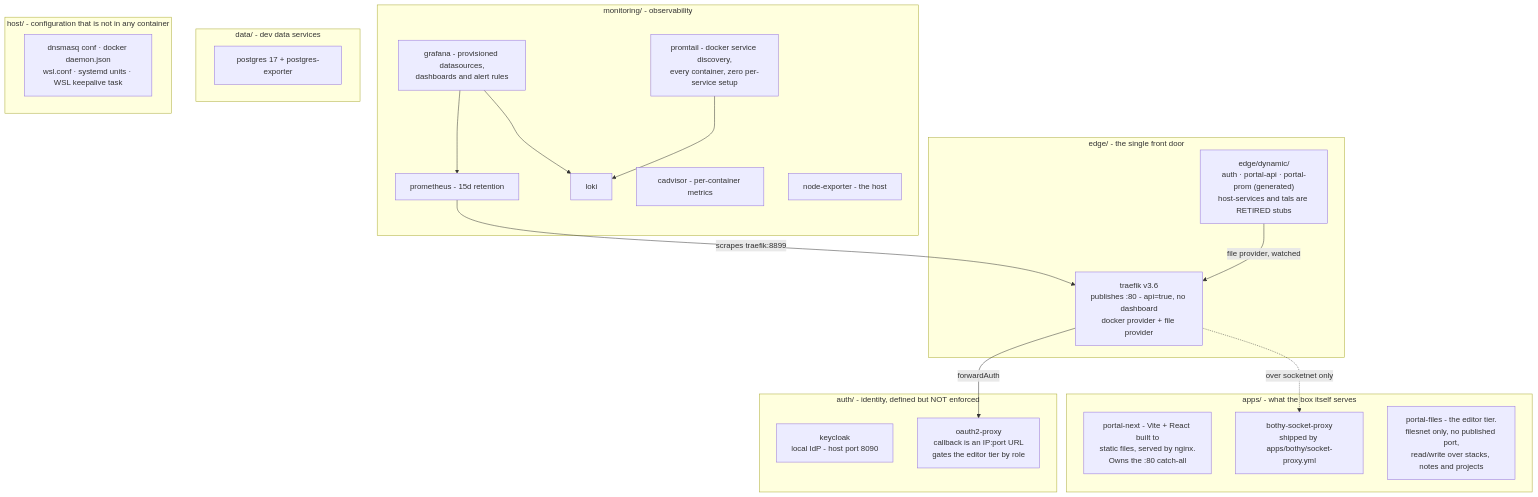
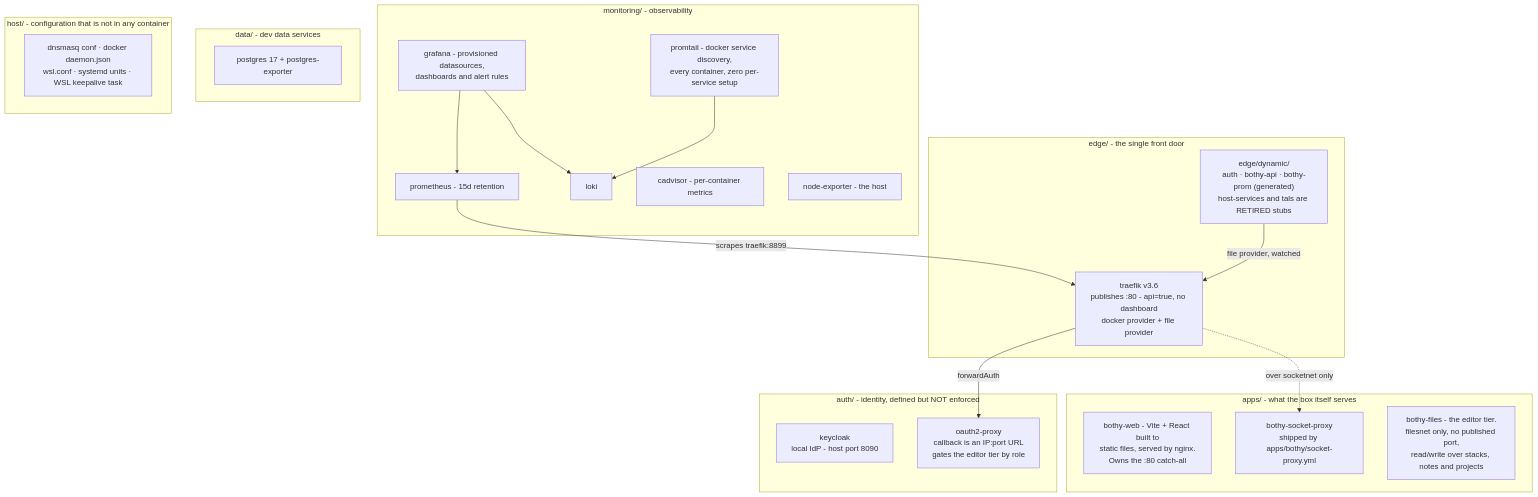
Before and after one commit to YehudaBriskman/Bothy: the diagram in docs/diagrams/stacks.mmd, drawn with Mermaid. The commit also changed 330 other files, not shown here.

First line of the commit message:
rename: nothing is portal - portal-next/files/collector/api/prom become bothy-*

```diff
--- a/docs/diagrams/stacks.mmd
+++ b/docs/diagrams/stacks.mmd
@@ -1,41 +1,41 @@
 flowchart TB
     subgraph s_edge["edge/ - the single front door"]
         TRAEFIK["traefik v3.6<br/>publishes :80 - api=true, no dashboard<br/>docker provider + file provider"]
-        DYN["edge/dynamic/<br/>auth · portal-api · portal-prom (generated)<br/>host-services and tals are RETIRED stubs"]
+        DYN["edge/dynamic/<br/>auth · bothy-api · bothy-prom (generated)<br/>host-services and tals are RETIRED stubs"]
     end
 
     subgraph s_auth["auth/ - identity, defined but NOT enforced"]
         KC["keycloak<br/>local IdP - host port 8090"]
         OAUTH["oauth2-proxy<br/>callback is an IP:port URL<br/>gates the editor tier by role"]
     end
 
     subgraph s_mon["monitoring/ - observability"]
         PROM["prometheus - 15d retention"]
         GRAF["grafana - provisioned datasources,<br/>dashboards and alert rules"]
         LOKI["loki"]
         PTAIL["promtail - docker service discovery,<br/>every container, zero per-service setup"]
         CADV["cadvisor - per-container metrics"]
         NEXP["node-exporter - the host"]
     end
 
     subgraph s_data["data/ - dev data services"]
         PG["postgres 17 + postgres-exporter"]
     end
 
     subgraph s_apps["apps/ - what the box itself serves"]
-        PNEXT["portal-next - Vite + React built to<br/>static files, served by nginx.<br/>Owns the :80 catch-all"]
+        PNEXT["bothy-web - Vite + React built to<br/>static files, served by nginx.<br/>Owns the :80 catch-all"]
         PSOCK["bothy-socket-proxy<br/>shipped by apps/bothy/socket-proxy.yml"]
-        PFILES["portal-files - the editor tier.<br/>filesnet only, no published port,<br/>read/write over stacks, notes and projects"]
+        PFILES["bothy-files - the editor tier.<br/>filesnet only, no published port,<br/>read/write over stacks, notes and projects"]
     end
 
     subgraph s_host["host/ - configuration that is not in any container"]
         HOSTF["dnsmasq conf · docker daemon.json<br/>wsl.conf · systemd units · WSL keepalive task"]
     end
 
     DYN -->|"file provider, watched"| TRAEFIK
     TRAEFIK -->|"forwardAuth"| OAUTH
     TRAEFIK -.->|"over socketnet only"| PSOCK
     PTAIL --> LOKI
     GRAF --> PROM
     GRAF --> LOKI
     PROM -->|"scrapes traefik:8899"| TRAEFIK
```
